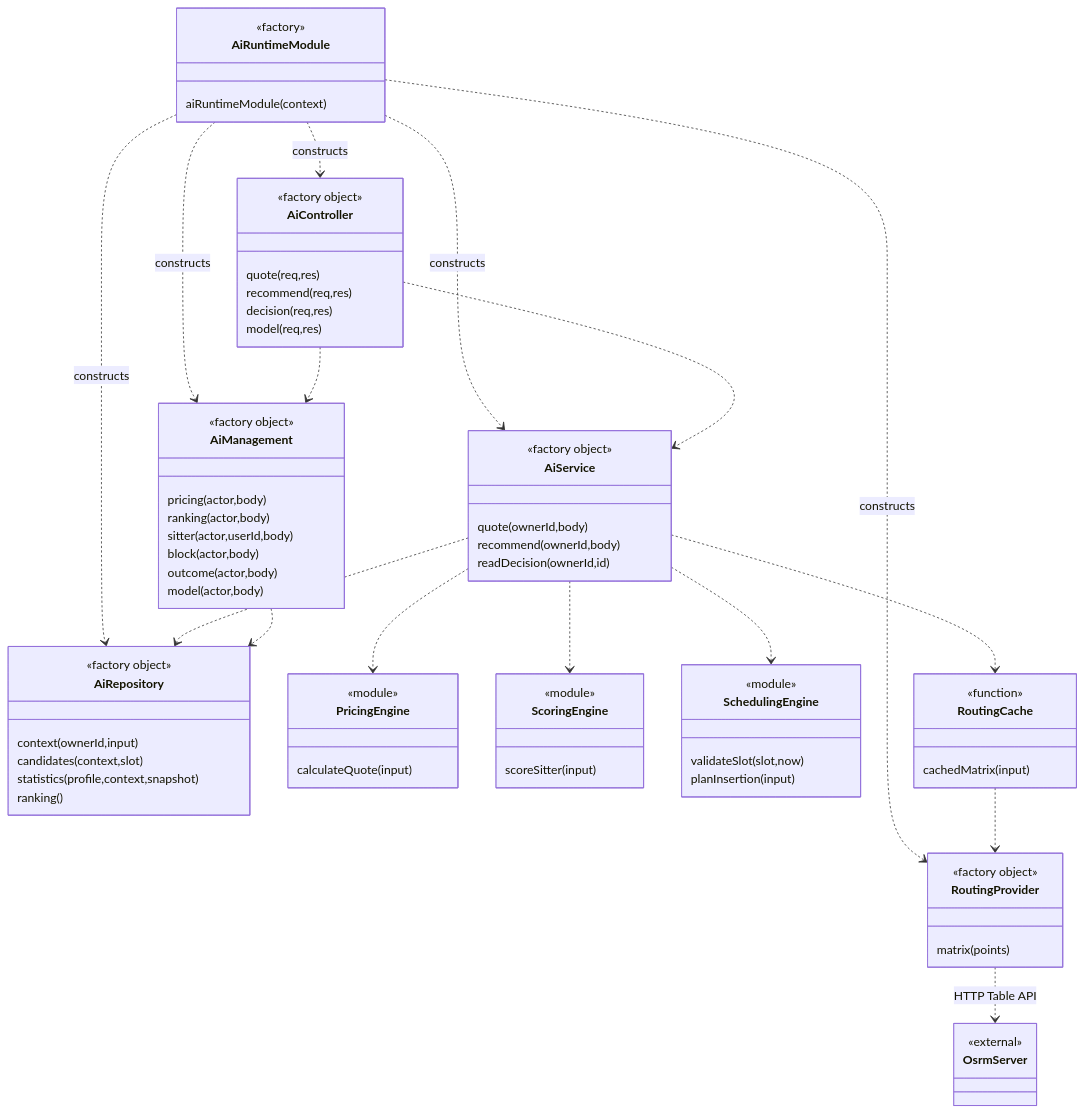
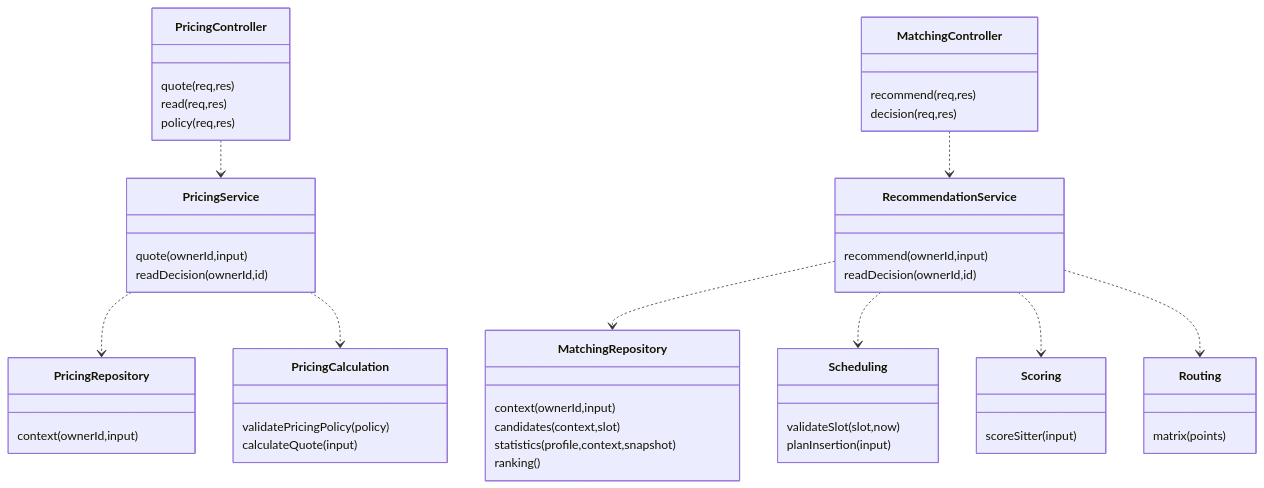
Before and after one commit to ngocthanhhx7/SEP490_G101_FALL2026: the second of 4 diagrams in doc/architecture/ai-diagram-handoff-v1.md, drawn with Mermaid. The commit also changed other lines of this file and 192 other files, not shown here.

Commit message:
refactor: enforce package boundaries and isolate backend pricing from matching

````diff
--- a/doc/architecture/ai-diagram-handoff-v1.md
+++ b/doc/architecture/ai-diagram-handoff-v1.md
@@ -91,75 +48,51 @@
 ```mermaid
 classDiagram
-    class AiRuntimeModule {
-        <<factory>>
-        aiRuntimeModule(context)
-    }
-    class AiController {
-        <<factory object>>
-        quote(req,res)
-        recommend(req,res)
-        decision(req,res)
-        model(req,res)
-    }
-    class AiService {
-        <<factory object>>
-        quote(ownerId,body)
-        recommend(ownerId,body)
-        readDecision(ownerId,id)
-    }
-    class AiManagement {
-        <<factory object>>
-        pricing(actor,body)
-        ranking(actor,body)
-        sitter(actor,userId,body)
-        block(actor,body)
-        outcome(actor,body)
-        model(actor,body)
-    }
-    class AiRepository {
-        <<factory object>>
-        context(ownerId,input)
-        candidates(context,slot)
-        statistics(profile,context,snapshot)
-        ranking()
-    }
-    class PricingEngine {
-        <<module>>
-        calculateQuote(input)
-    }
-    class ScoringEngine {
-        <<module>>
-        scoreSitter(input)
-    }
-    class SchedulingEngine {
-        <<module>>
-        validateSlot(slot,now)
-        planInsertion(input)
-    }
-    class RoutingCache {
-        <<function>>
-        cachedMatrix(input)
-    }
-    class RoutingProvider {
-        <<factory object>>
-        matrix(points)
-    }
-    class OsrmServer {
-        <<external>>
-    }
-    AiRuntimeModule ..> AiController : constructs
-    AiRuntimeModule ..> AiService : constructs
-    AiRuntimeModule ..> AiManagement : constructs
-    AiRuntimeModule ..> AiRepository : constructs
-    AiRuntimeModule ..> RoutingProvider : constructs
-    AiController ..> AiService
-    AiController ..> AiManagement
-    AiService ..> AiRepository
-    AiManagement ..> AiRepository
-    AiService ..> PricingEngine
-    AiService ..> ScoringEngine
-    AiService ..> SchedulingEngine
-    AiService ..> RoutingCache
-    RoutingCache ..> RoutingProvider
-    RoutingProvider ..> OsrmServer : HTTP Table API
+  class PricingController {
+    quote(req,res)
+    read(req,res)
+    policy(req,res)
+  }
+  class PricingService {
+    quote(ownerId,input)
+    readDecision(ownerId,id)
+  }
+  class PricingCalculation {
+    validatePricingPolicy(policy)
+    calculateQuote(input)
+  }
+  class PricingRepository {
+    context(ownerId,input)
+  }
+  class MatchingController {
+    recommend(req,res)
+    decision(req,res)
+  }
+  class RecommendationService {
+    recommend(ownerId,input)
+    readDecision(ownerId,id)
+  }
+  class MatchingRepository {
+    context(ownerId,input)
+    candidates(context,slot)
+    statistics(profile,context,snapshot)
+    ranking()
+  }
+  class Scheduling {
+    validateSlot(slot,now)
+    planInsertion(input)
+  }
+  class Scoring {
+    scoreSitter(input)
+  }
+  class Routing {
+    matrix(points)
+  }
+  PricingController ..> PricingService
+  PricingService ..> PricingRepository
+  PricingService ..> PricingCalculation
+  MatchingController ..> RecommendationService
+  RecommendationService ..> MatchingRepository
+  RecommendationService ..> Scheduling
+  RecommendationService ..> Scoring
+  RecommendationService ..> Routing
 ```
````
